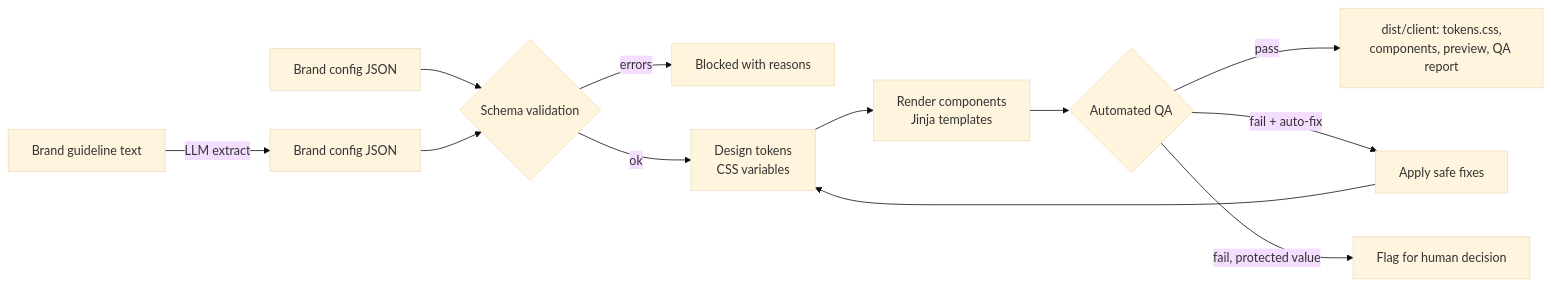
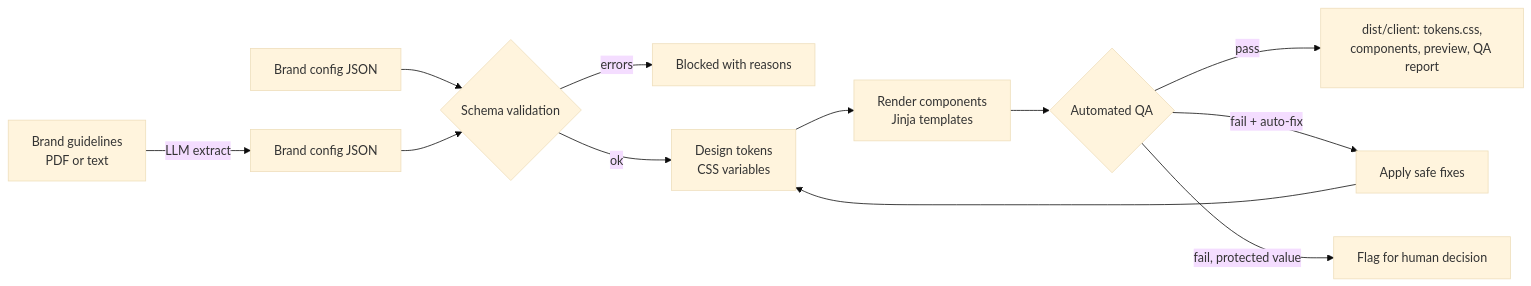
Before and after one commit to barath2211/brand-to-code-pipeline: the diagram in README.md, drawn with Mermaid (base theme). The commit also changed other lines of this file and 15 other files, not shown here.

First line of the commit message:
PDF brand books, logo fallback, case study

````diff
--- a/README.md
+++ b/README.md
@@ -25,13 +27,13 @@
 ```mermaid
 flowchart LR
-    G[Brand guideline text] -->|LLM extract| C[Brand config JSON]
+    G[Brand guidelines<br>PDF or text] -->|LLM extract| C[Brand config JSON]
     J[Brand config JSON] --> V
     C --> V{Schema validation}
     V -- errors --> X[Blocked with reasons]
     V -- ok --> T[Design tokens<br>CSS variables]
     T --> R[Render components<br>Jinja templates]
     R --> Q{Automated QA}
     Q -- pass --> D[dist/client: tokens.css,<br>components, preview, QA report]
     Q -- fail + auto-fix --> F[Apply safe fixes] --> T
     Q -- fail, protected value --> H[Flag for human decision]
 ```
````
